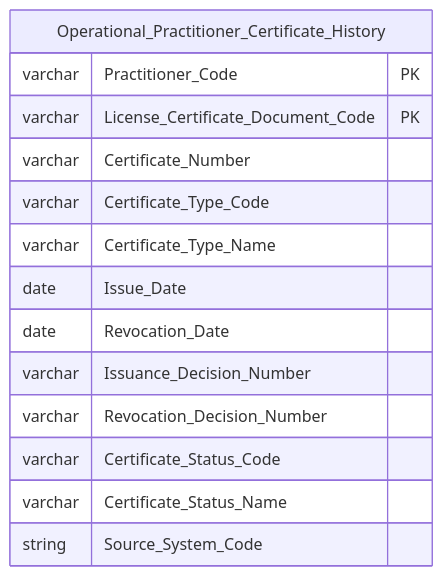
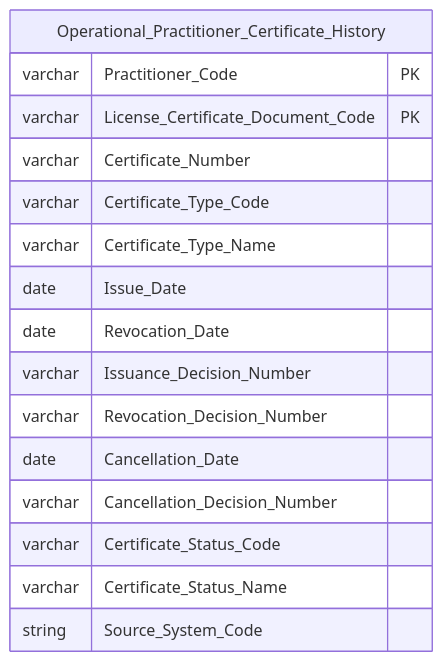
Before and after one commit to linhlvit/ubck_atomic_design: diagram 31 of 41 in Datamart/hld/DTM_NHNCK_HLD.md, drawn with Mermaid. The commit also changed other lines of this file and 9 other files, not shown here.

````diff
--- a/Datamart/hld/DTM_NHNCK_HLD.md
+++ b/Datamart/hld/DTM_NHNCK_HLD.md
@@ -1372,18 +1375,20 @@
 ```mermaid
 erDiagram
     Operational_Practitioner_Certificate_History {
         varchar Practitioner_Code PK
         varchar License_Certificate_Document_Code PK
         varchar Certificate_Number
         varchar Certificate_Type_Code
         varchar Certificate_Type_Name
         date Issue_Date
         date Revocation_Date
         varchar Issuance_Decision_Number
         varchar Revocation_Decision_Number
+        date Cancellation_Date
+        varchar Cancellation_Decision_Number
         varchar Certificate_Status_Code
         varchar Certificate_Status_Name
         string Source_System_Code
 
     }
 ```
````
